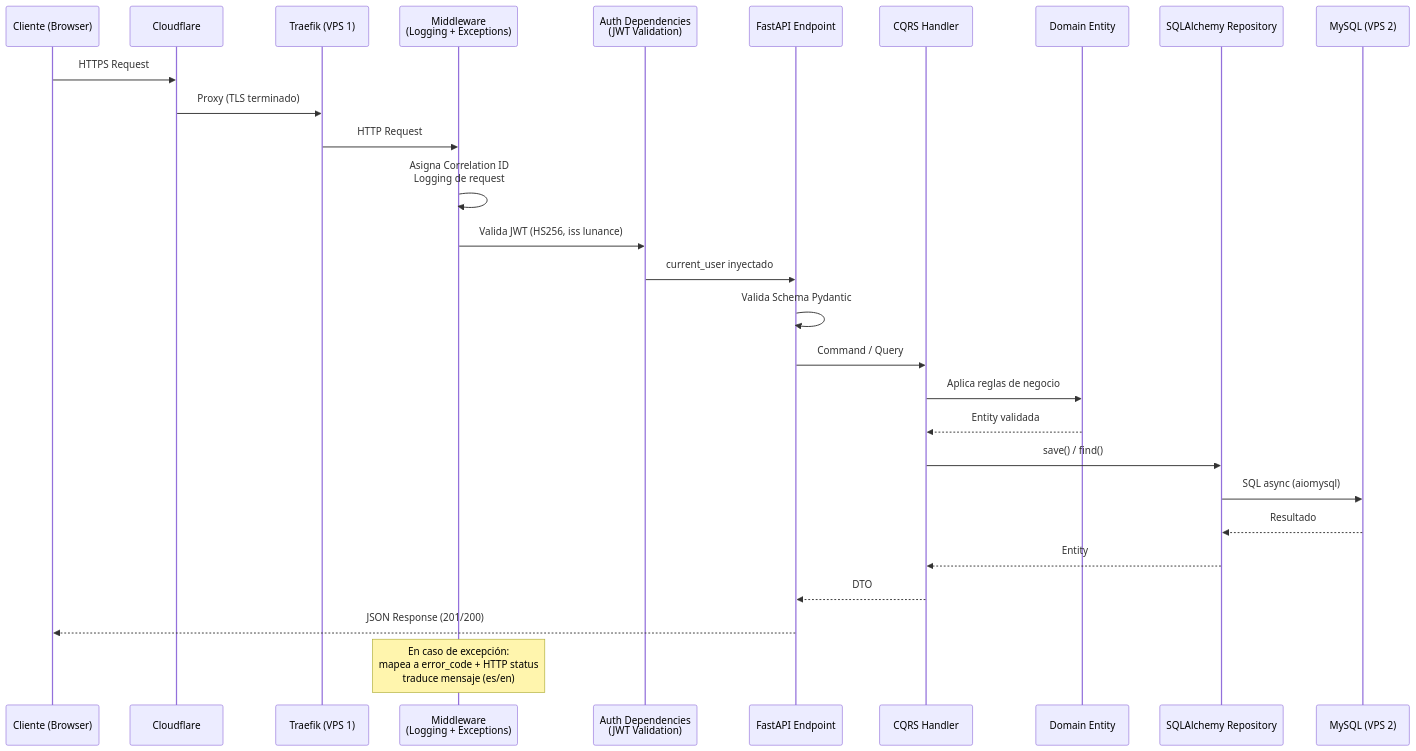
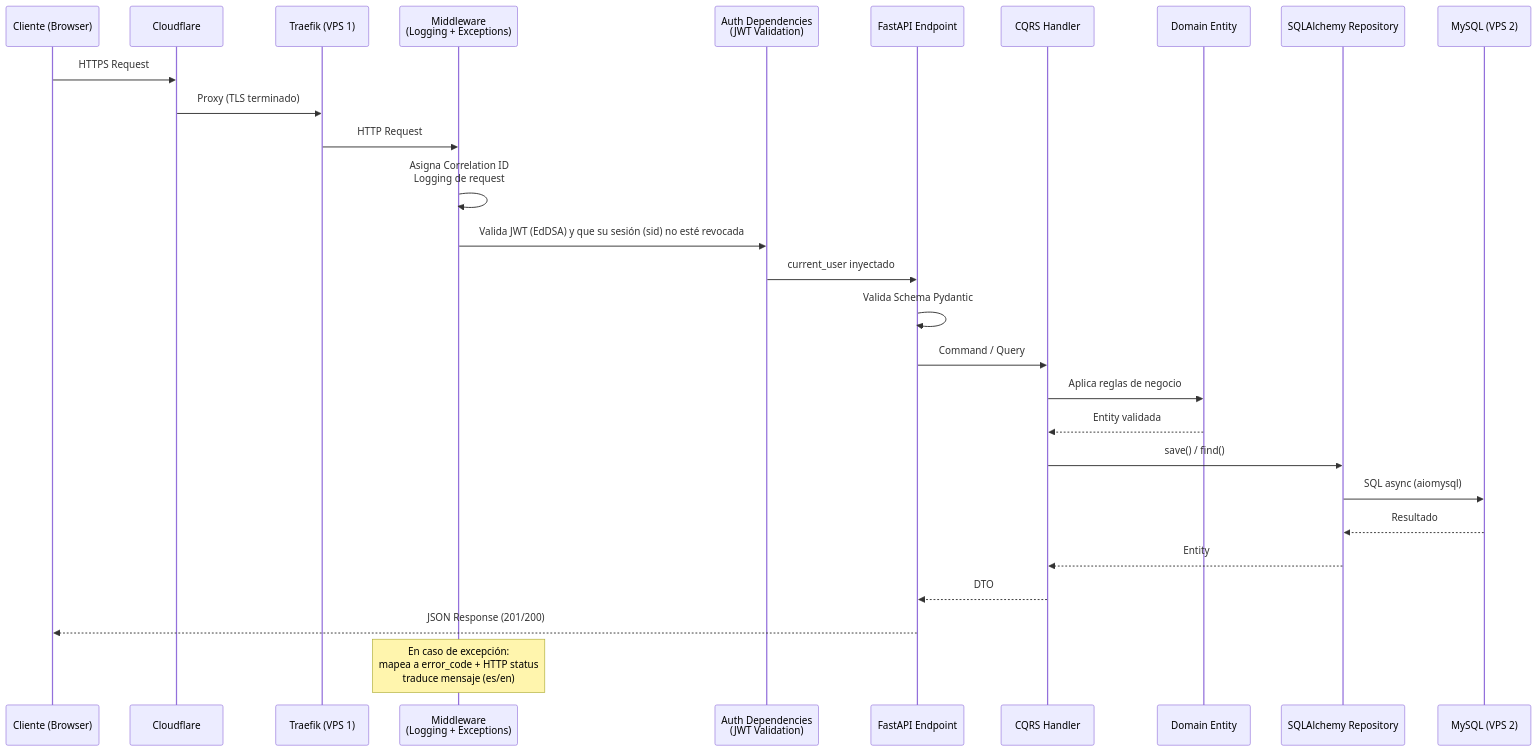
The eighth of 8 diagrams in docs/ARCHITECTURE.md (DiegoDG-01/LunanceIA), drawn with Mermaid before and after one commit. The commit also changed other lines of this file and 7 other files, not shown here.

First line of the commit message:
docs: describe device sessions and the new auth flow

````diff
--- a/docs/ARCHITECTURE.md
+++ b/docs/ARCHITECTURE.md
@@ -1461,32 +1470,32 @@
 ```mermaid
 sequenceDiagram
     participant Client as Cliente (Browser)
     participant CF as Cloudflare
     participant Traefik as Traefik (VPS 1)
     participant MW as Middleware<br/>(Logging + Exceptions)
     participant Auth as Auth Dependencies<br/>(JWT Validation)
     participant Endpoint as FastAPI Endpoint
     participant Handler as CQRS Handler
     participant Domain as Domain Entity
     participant Repo as SQLAlchemy Repository
     participant DB as MySQL (VPS 2)
 
     Client->>CF: HTTPS Request
     CF->>Traefik: Proxy (TLS terminado)
     Traefik->>MW: HTTP Request
     MW->>MW: Asigna Correlation ID<br/>Logging de request
-    MW->>Auth: Valida JWT (HS256, iss lunance)
+    MW->>Auth: Valida JWT (EdDSA) y que su sesión (sid) no esté revocada
     Auth->>Endpoint: current_user inyectado
     Endpoint->>Endpoint: Valida Schema Pydantic
     Endpoint->>Handler: Command / Query
     Handler->>Domain: Aplica reglas de negocio
     Domain-->>Handler: Entity validada
     Handler->>Repo: save() / find()
     Repo->>DB: SQL async (aiomysql)
     DB-->>Repo: Resultado
     Repo-->>Handler: Entity
     Handler-->>Endpoint: DTO
     Endpoint-->>Client: JSON Response (201/200)
 
     Note over MW: En caso de excepción:<br/>mapea a error_code + HTTP status<br/>traduce mensaje (es/en)
 ```
````
